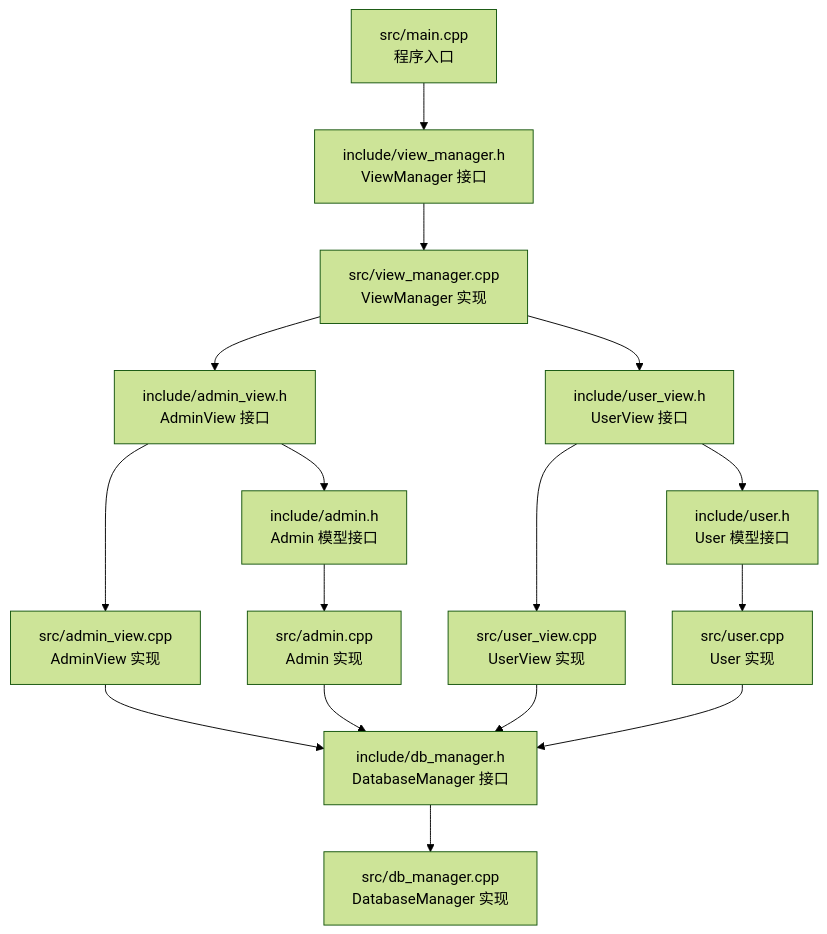
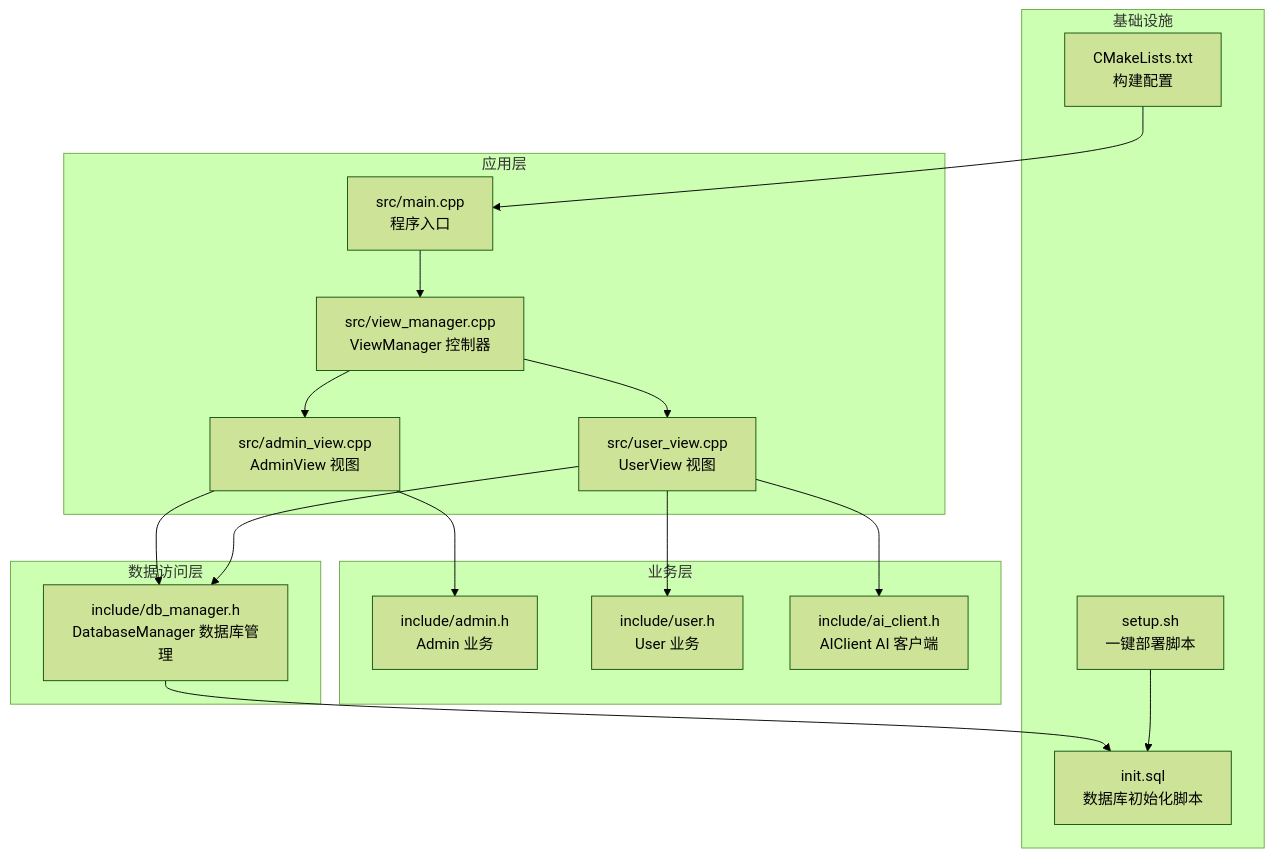
The first of 9 diagrams in .qoder/repowiki/zh/content/系统架构设计/整体架构概览.md (jinpeng900/OJ-Test), drawn with Mermaid (forest theme) before and after one commit. The commit also changed other lines of this file and 65 other files, not shown here.

````diff
--- a/.qoder/repowiki/zh/content/系统架构设计/整体架构概览.md
+++ b/.qoder/repowiki/zh/content/系统架构设计/整体架构概览.md
@@ -48,18 +40,33 @@
 ```mermaid
 graph TB
-A["src/main.cpp<br/>程序入口"] --> B["include/view_manager.h<br/>ViewManager 接口"]
-B --> C["src/view_manager.cpp<br/>ViewManager 实现"]
-C --> D["include/admin_view.h<br/>AdminView 接口"]
-C --> E["include/user_view.h<br/>UserView 接口"]
-D --> F["src/admin_view.cpp<br/>AdminView 实现"]
-E --> G["src/user_view.cpp<br/>UserView 实现"]
-D --> H["include/admin.h<br/>Admin 模型接口"]
-E --> I["include/user.h<br/>User 模型接口"]
-H --> J["src/admin.cpp<br/>Admin 实现"]
-I --> K["src/user.cpp<br/>User 实现"]
-F --> L["include/db_manager.h<br/>DatabaseManager 接口"]
-G --> L
-J --> L
-K --> L
-L --> M["src/db_manager.cpp<br/>DatabaseManager 实现"]
+subgraph "应用层"
+MAIN["src/main.cpp<br/>程序入口"]
+VM["src/view_manager.cpp<br/>ViewManager 控制器"]
+AV["src/admin_view.cpp<br/>AdminView 视图"]
+UV["src/user_view.cpp<br/>UserView 视图"]
+end
+subgraph "业务层"
+ADM["include/admin.h<br/>Admin 业务"]
+USR["include/user.h<br/>User 业务"]
+AI["include/ai_client.h<br/>AIClient AI 客户端"]
+end
+subgraph "数据访问层"
+DBM["include/db_manager.h<br/>DatabaseManager 数据库管理"]
+end
+subgraph "基础设施"
+CMAKE["CMakeLists.txt<br/>构建配置"]
+SETUP["setup.sh<br/>一键部署脚本"]
+INIT["init.sql<br/>数据库初始化脚本"]
+end
+MAIN --> VM
+VM --> AV
+VM --> UV
+AV --> ADM
+UV --> USR
+AV --> DBM
+UV --> DBM
+UV --> AI
+DBM --> INIT
+CMAKE --> MAIN
+SETUP --> INIT
 ```
````
